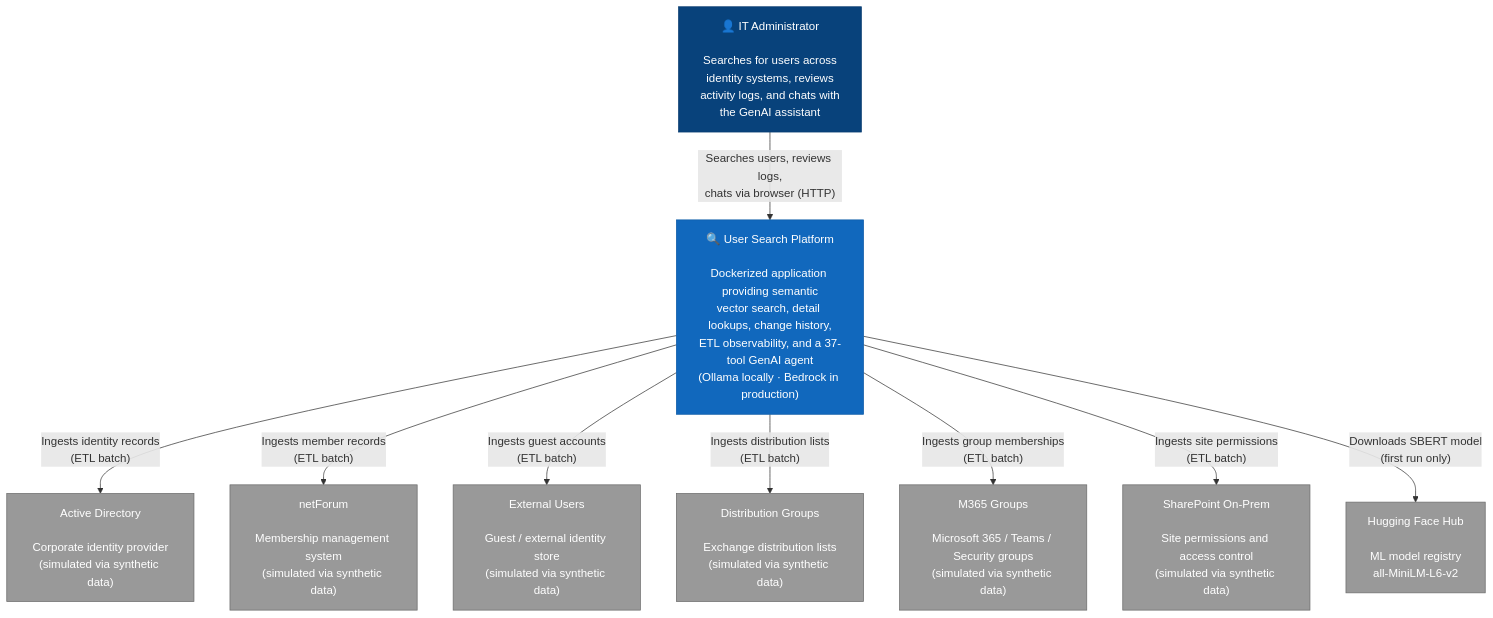
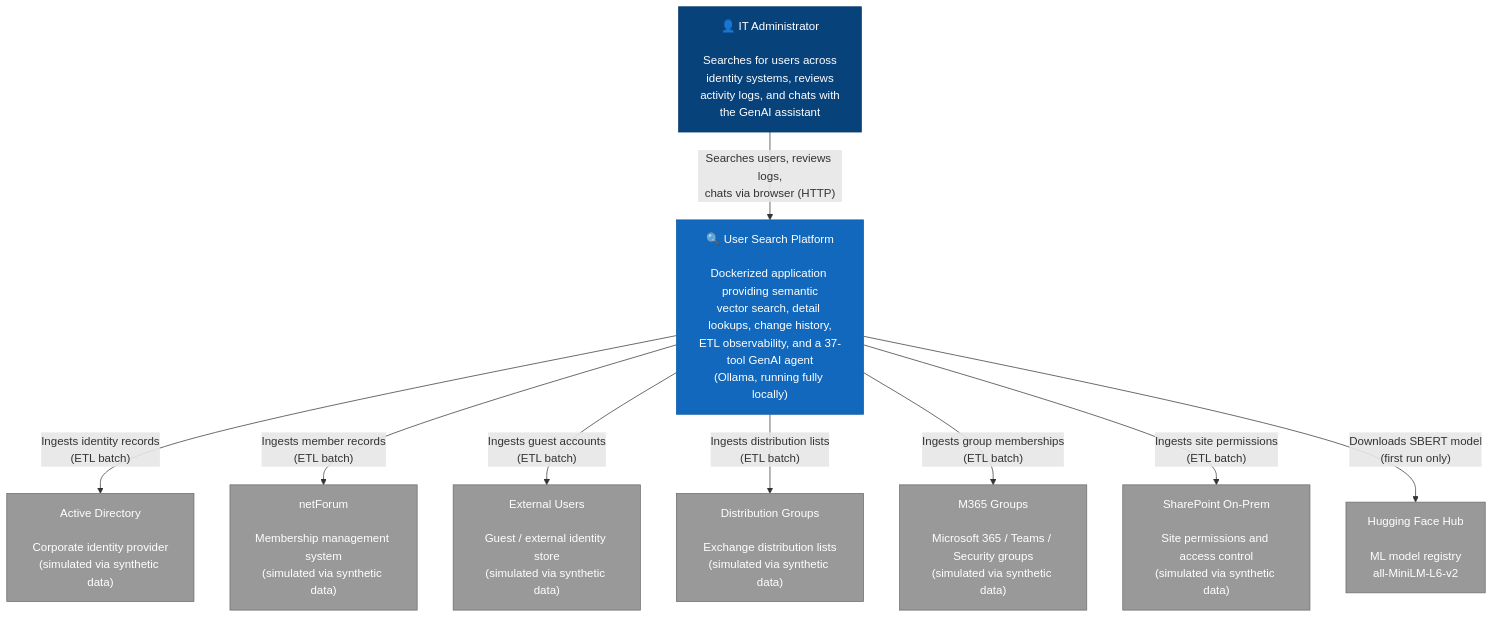
One commit to sjackshaw/user-search changed the diagram in docs/diagrams/c4-system-context.md. Above: the diagram before and after it, drawn with Mermaid. The commit also changed 3 other files, not shown here.

Commit message:
docs: Update README and architecture diagrams for accuracy and clarity

````diff
--- a/docs/diagrams/c4-system-context.md
+++ b/docs/diagrams/c4-system-context.md
@@ -3,27 +3,27 @@
 ```mermaid
 graph TB
     classDef person fill:#08427B,stroke:#073B6F,color:#fff
     classDef system fill:#1168BD,stroke:#0E5BA7,color:#fff
     classDef external fill:#999999,stroke:#6B6B6B,color:#fff
 
     User["👤 IT Administrator<br/><br/>Searches for users across<br/>identity systems, reviews<br/>activity logs, and chats with<br/>the GenAI assistant"]:::person
 
-    UserSearch["🔍 User Search Platform<br/><br/>Dockerized application providing semantic<br/>vector search, detail lookups, change history,<br/>ETL observability, and a 37-tool GenAI agent<br/>(Ollama locally · Bedrock in production)"]:::system
+    UserSearch["🔍 User Search Platform<br/><br/>Dockerized application providing semantic<br/>vector search, detail lookups, change history,<br/>ETL observability, and a 37-tool GenAI agent<br/>(Ollama, running fully locally)"]:::system
 
     AD["Active Directory<br/><br/>Corporate identity provider<br/>(simulated via synthetic data)"]:::external
     NF["netForum<br/><br/>Membership management system<br/>(simulated via synthetic data)"]:::external
     EU["External Users<br/><br/>Guest / external identity store<br/>(simulated via synthetic data)"]:::external
     DG["Distribution Groups<br/><br/>Exchange distribution lists<br/>(simulated via synthetic data)"]:::external
     M365["M365 Groups<br/><br/>Microsoft 365 / Teams / Security groups<br/>(simulated via synthetic data)"]:::external
     SP["SharePoint On-Prem<br/><br/>Site permissions and access control<br/>(simulated via synthetic data)"]:::external
     HF["Hugging Face Hub<br/><br/>ML model registry<br/>all-MiniLM-L6-v2"]:::external
 
     User -->|"Searches users, reviews logs,<br/>chats via browser (HTTP)"| UserSearch
     UserSearch -->|"Ingests identity records<br/>(ETL batch)"| AD
     UserSearch -->|"Ingests member records<br/>(ETL batch)"| NF
     UserSearch -->|"Ingests guest accounts<br/>(ETL batch)"| EU
     UserSearch -->|"Ingests distribution lists<br/>(ETL batch)"| DG
     UserSearch -->|"Ingests group memberships<br/>(ETL batch)"| M365
     UserSearch -->|"Ingests site permissions<br/>(ETL batch)"| SP
     UserSearch -->|"Downloads SBERT model<br/>(first run only)"| HF
 ```
````
